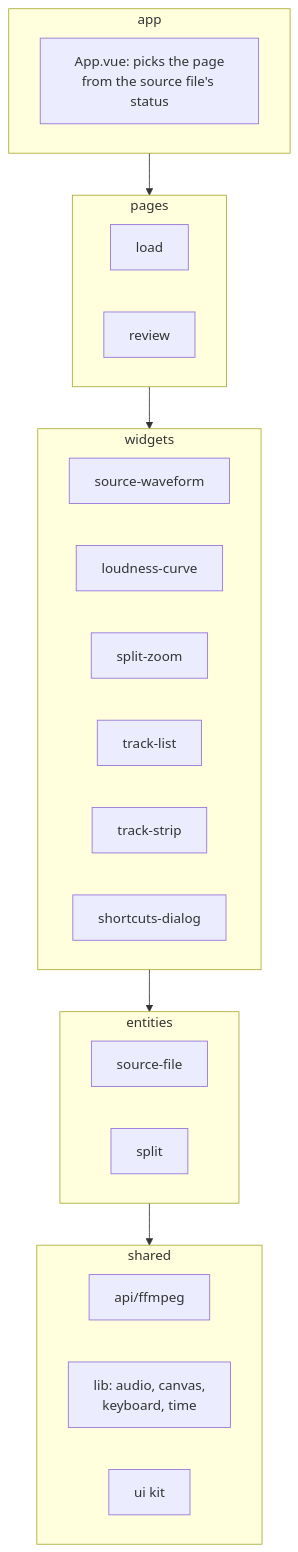
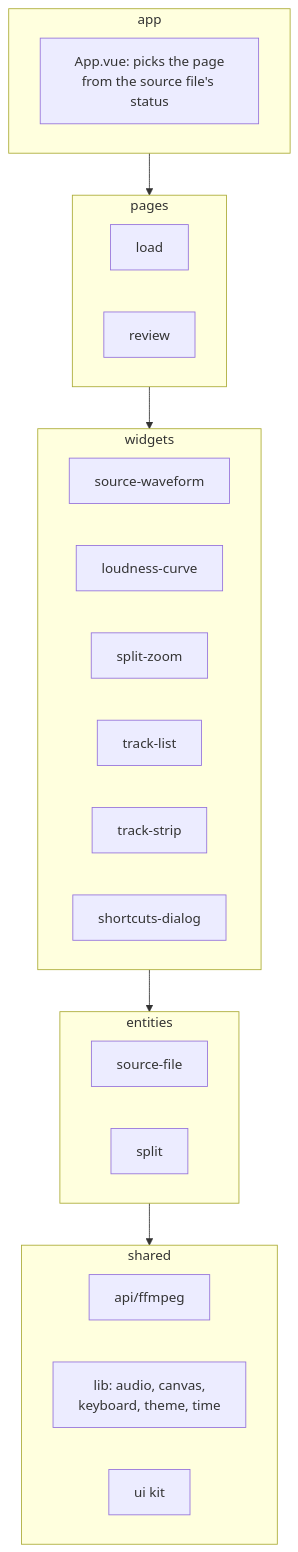
The first of 9 diagrams in docs/architecture.md (suleymanyaryev/audio-splitter), drawn with Mermaid before and after one commit. The commit also changed other lines of this file and 15 other files, not shown here.

````diff
--- a/docs/architecture.md
+++ b/docs/architecture.md
@@ -9,28 +9,28 @@
 ```mermaid
 flowchart TB
   subgraph appLayer["app"]
     appVue["App.vue: picks the page<br/>from the source file's status"]
   end
   subgraph pagesLayer["pages"]
     loadPage["load"]
     reviewPage["review"]
   end
   subgraph widgetsLayer["widgets"]
     waveform["source-waveform"]
     loudnessCurve["loudness-curve"]
     splitZoom["split-zoom"]
     trackList["track-list"]
     trackStrip["track-strip"]
     shortcuts["shortcuts-dialog"]
   end
   subgraph entitiesLayer["entities"]
     sourceFile["source-file"]
     split["split"]
   end
   subgraph sharedLayer["shared"]
     ffmpeg["api/ffmpeg"]
-    lib["lib: audio, canvas,<br/>keyboard, time"]
+    lib["lib: audio, canvas,<br/>keyboard, theme, time"]
     ui["ui kit"]
   end
   appLayer --> pagesLayer --> widgetsLayer --> entitiesLayer --> sharedLayer
 ```
````
